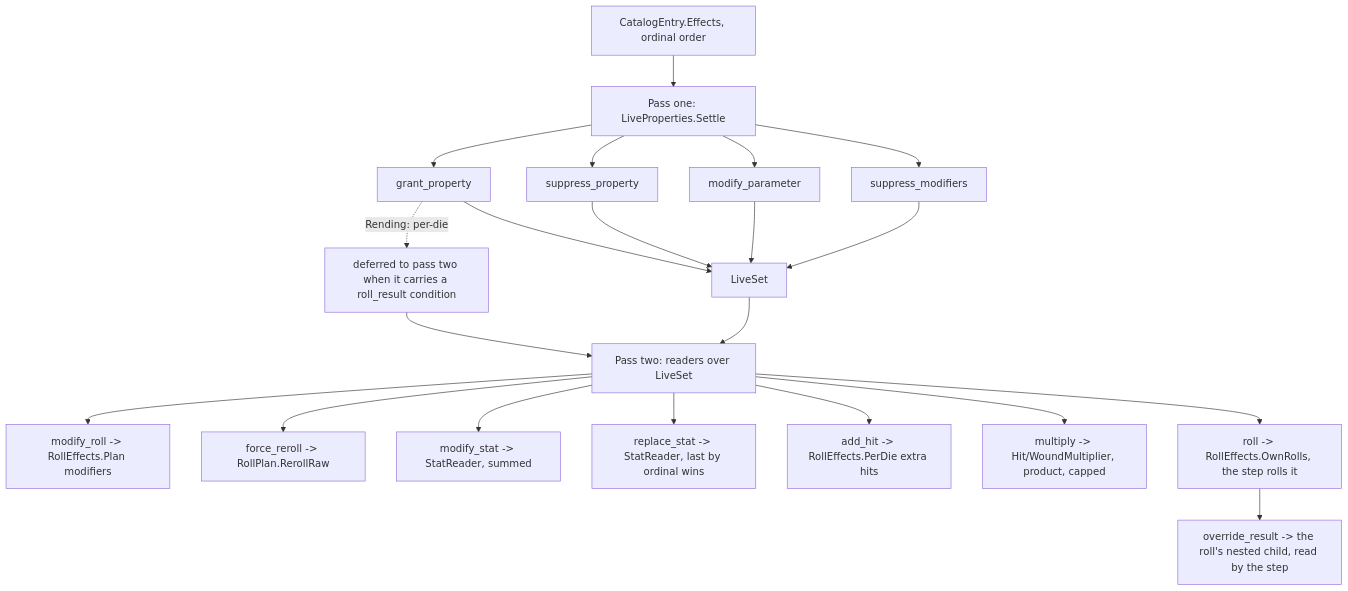
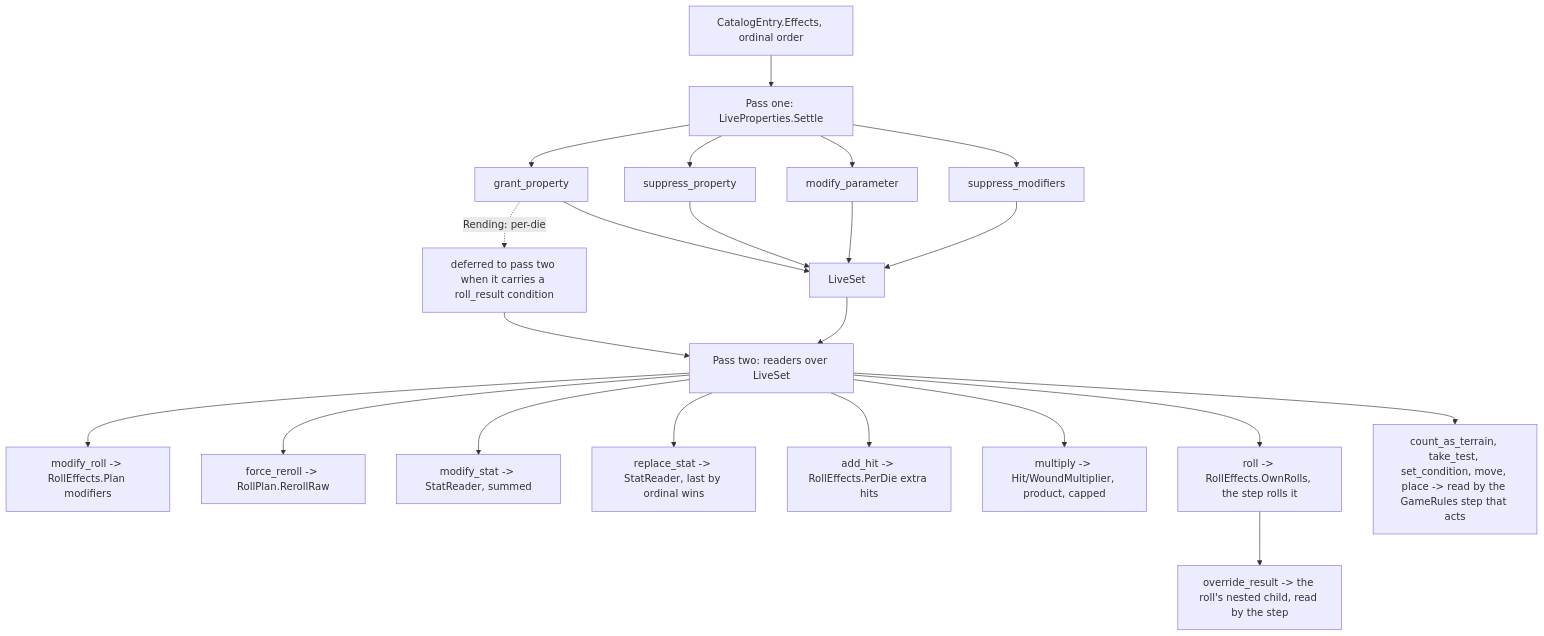
The first of 2 diagrams in docs/design/interpreter/effect-grammar.md (cstupi/tabletop), drawn with Mermaid before and after one commit. The commit also changed other lines of this file and 17 other files, not shown here.

First line of the commit message:
Reconcile schema and interpreter docs with the spell-library build

````diff
--- a/docs/design/interpreter/effect-grammar.md
+++ b/docs/design/interpreter/effect-grammar.md
@@ -90,41 +103,43 @@
 ```mermaid
 flowchart TD
     entry["CatalogEntry.Effects, ordinal order"]
     p1["Pass one: LiveProperties.Settle"]
     g["grant_property"]
     s["suppress_property"]
     mp["modify_parameter"]
     sm["suppress_modifiers"]
     ls["LiveSet"]
     p2["Pass two: readers over LiveSet"]
     mr["modify_roll -> RollEffects.Plan modifiers"]
     fr["force_reroll -> RollPlan.RerollRaw"]
     ms["modify_stat -> StatReader, summed"]
     rs["replace_stat -> StatReader, last by ordinal wins"]
     ah["add_hit -> RollEffects.PerDie extra hits"]
     mu["multiply -> Hit/WoundMultiplier, product, capped"]
     ro["roll -> RollEffects.OwnRolls, the step rolls it"]
     ovr["override_result -> the roll's nested child, read by the step"]
+    steps["count_as_terrain, take_test, set_condition, move, place -> read by the GameRules step that acts"]
     defer["deferred to pass two when it carries a roll_result condition"]
 
     entry --> p1
     p1 --> g
     p1 --> s
     p1 --> mp
     p1 --> sm
     g --> ls
     s --> ls
     mp --> ls
     sm --> ls
     g -. "Rending: per-die" .-> defer
     defer --> p2
     ls --> p2
     p2 --> mr
     p2 --> fr
     p2 --> ms
     p2 --> rs
     p2 --> ah
     p2 --> mu
     p2 --> ro
     ro --> ovr
+    p2 --> steps
 ```
````
